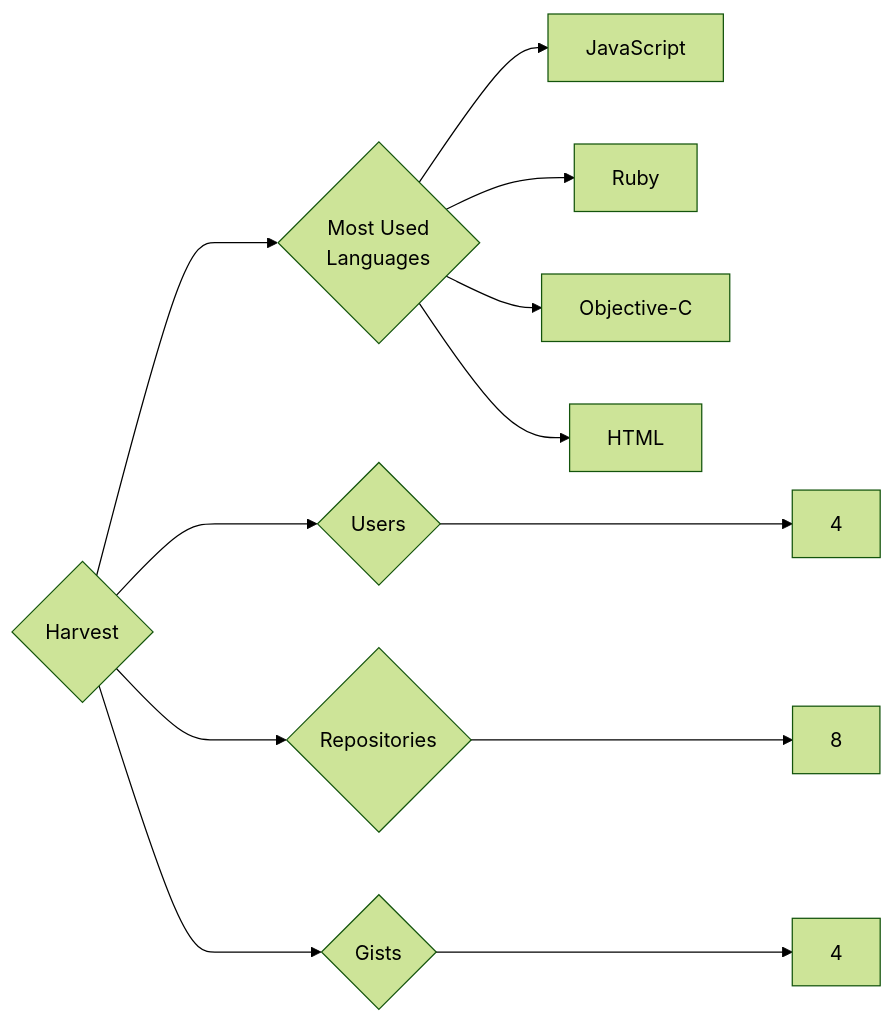
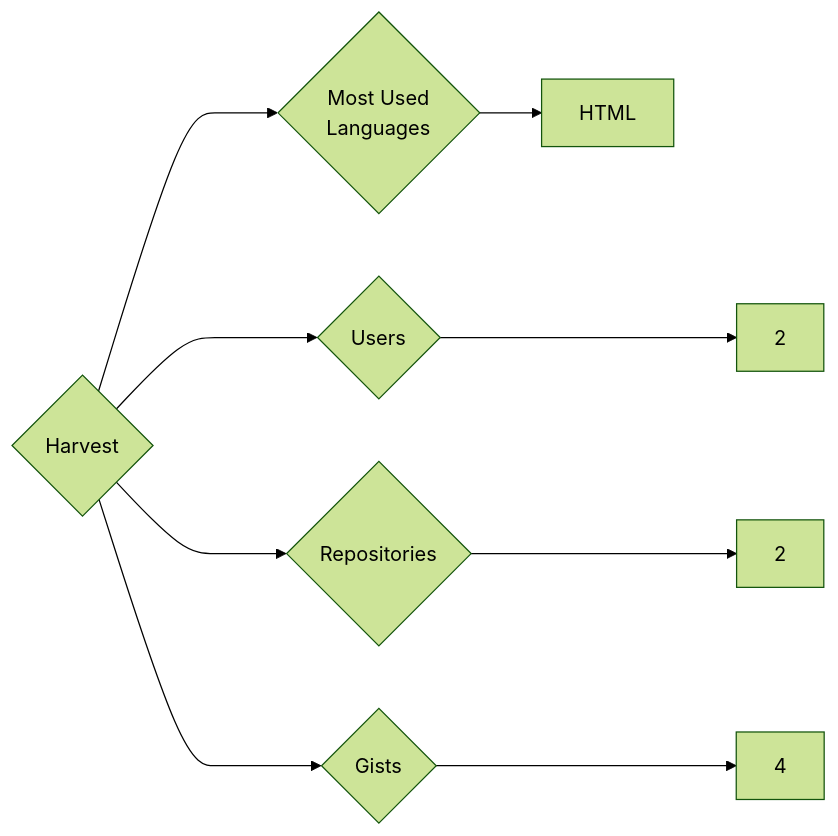
The diagram in targets/Harvest/README.md (trickest/insiders), drawn with Mermaid (forest theme) before and after one commit. The commit also changed 1078 other files, not shown here.

````diff
--- a/targets/Harvest/README.md
+++ b/targets/Harvest/README.md
@@ -3,12 +3,9 @@
 ```mermaid
 graph LR
 COMPANY_NAME{Harvest}
-COMPANY_NAME ---> U{Users} ---> UN[4]
-COMPANY_NAME ---> R{Repositories} ---> RN[8]
+COMPANY_NAME ---> U{Users} ---> UN[2]
+COMPANY_NAME ---> R{Repositories} ---> RN[2]
 COMPANY_NAME ---> G{Gists} ---> GN[4]
 COMPANY_NAME ---> ML{Most Used<br>Languages}
-ML --> JavaScript[JavaScript]
-ML --> Ruby[Ruby]
-ML --> Objective-C[Objective-C]
 ML --> HTML[HTML]
 ```
````
